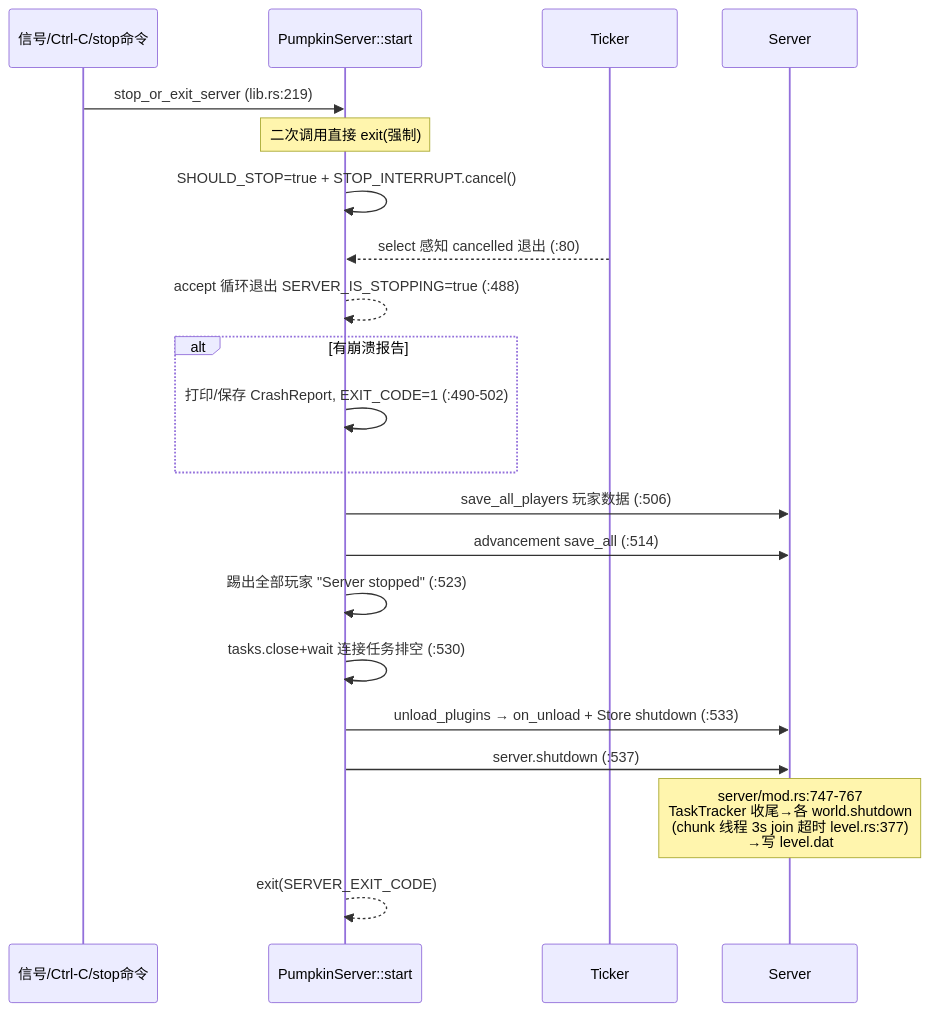
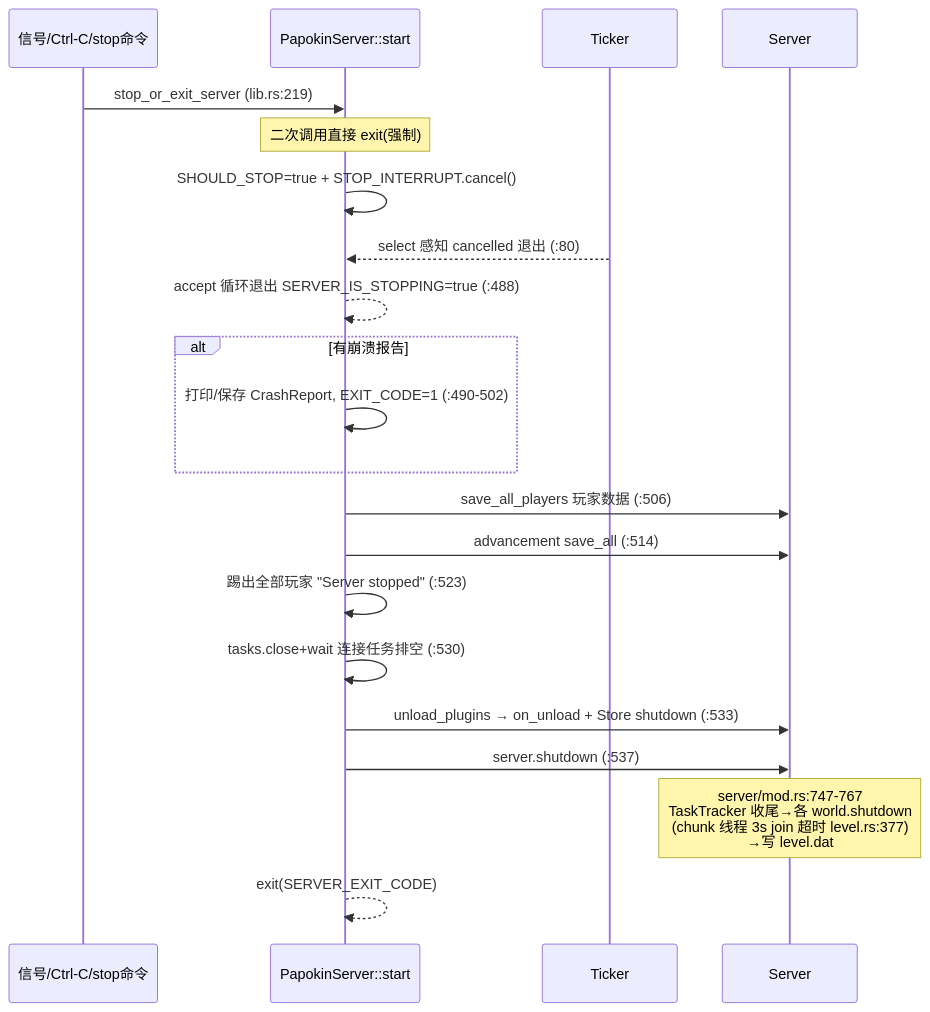
One commit to Quotidietium/Papokin changed the fourth of 5 diagrams in note/06-控制流.md. Above: the diagram before and after it, drawn with Mermaid. The commit also changed other lines of this file and 2 other files, not shown here.

````diff
--- a/note/06-控制流.md
+++ b/note/06-控制流.md
@@ -119,23 +117,23 @@
 ```mermaid
 sequenceDiagram
     participant Sig as 信号/Ctrl-C/stop命令
-    participant Main as PumpkinServer::start
+    participant Main as PapokinServer::start
     participant Tick as Ticker
     participant S as Server
     Sig->>Main: stop_or_exit_server (lib.rs:219)
     Note over Main: 二次调用直接 exit(强制)
     Main->>Main: SHOULD_STOP=true + STOP_INTERRUPT.cancel()
     Tick-->>Main: select 感知 cancelled 退出 (:80)
     Main-->>Main: accept 循环退出 SERVER_IS_STOPPING=true (:488)
     alt 有崩溃报告
         Main->>Main: 打印/保存 CrashReport, EXIT_CODE=1 (:490-502)
     end
     Main->>S: save_all_players 玩家数据 (:506)
     Main->>S: advancement save_all (:514)
     Main->>Main: 踢出全部玩家 "Server stopped" (:523)
     Main->>Main: tasks.close+wait 连接任务排空 (:530)
     Main->>S: unload_plugins → on_unload + Store shutdown (:533)
     Main->>S: server.shutdown (:537)
     Note over S: server/mod.rs:747-767<br/>TaskTracker 收尾→各 world.shutdown<br/>(chunk 线程 3s join 超时 level.rs:377)<br/>→写 level.dat
     Main-->>Main: exit(SERVER_EXIT_CODE)
 ```
````
